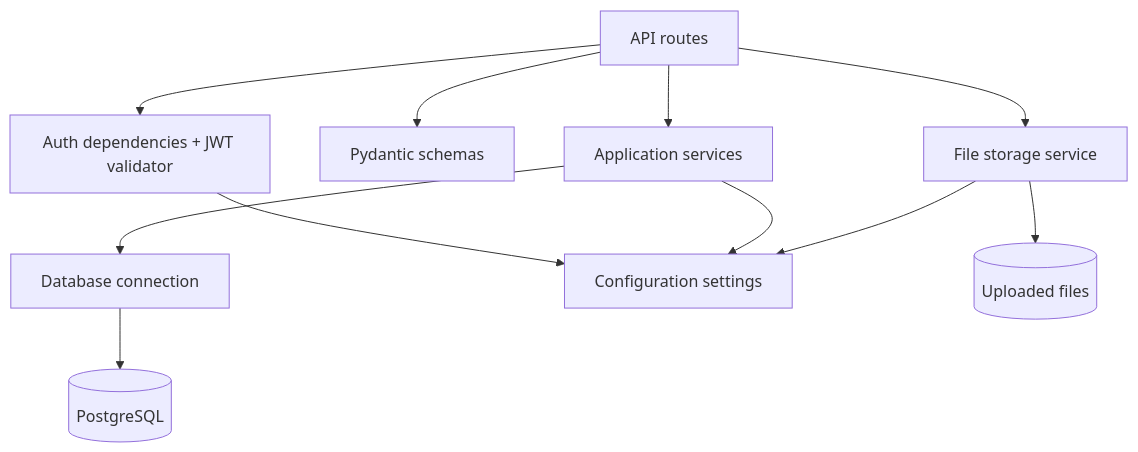
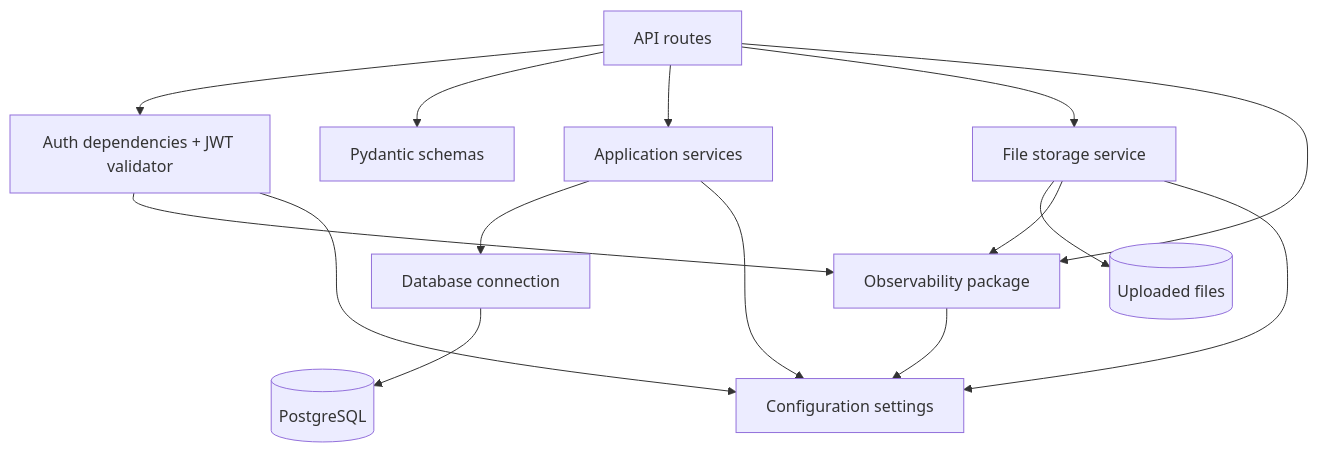
The third of 9 diagrams in docs/HLD.md (GeekStartup/spend-analyzer), drawn with Mermaid before and after one commit. The commit also changed other lines of this file and 45 other files, not shown here.

````diff
--- a/docs/HLD.md
+++ b/docs/HLD.md
@@ -90,23 +129,28 @@
 ```mermaid
 flowchart TB
     Routes[API routes]
     Auth[Auth dependencies + JWT validator]
     Schemas[Pydantic schemas]
     Services[Application services]
     Storage[File storage service]
     DbConn[Database connection]
     Settings[Configuration settings]
+    Observability[Observability package]
     DB[(PostgreSQL)]
     Files[(Uploaded files)]
 
     Routes --> Auth
     Routes --> Schemas
     Routes --> Services
     Routes --> Storage
+    Routes --> Observability
+    Auth --> Observability
     Services --> DbConn
     Storage --> Files
+    Storage --> Observability
     DbConn --> DB
     Auth --> Settings
     Services --> Settings
     Storage --> Settings
+    Observability --> Settings
 ```
````
